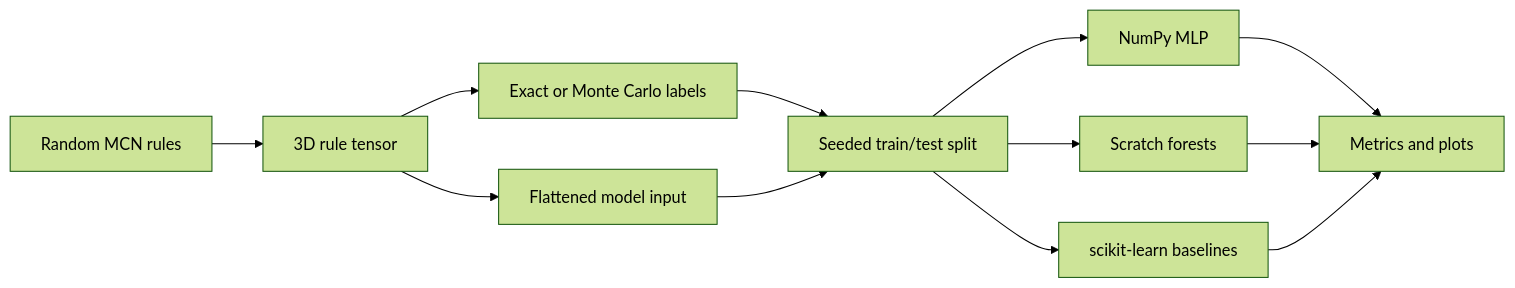
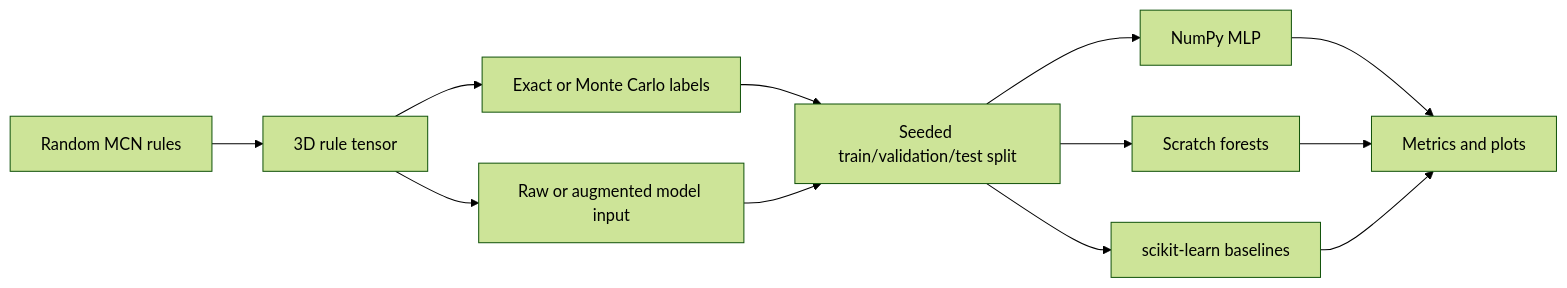
One commit to mohammad-kawach/power-index-learning changed the diagram in README.md. Above: the diagram before and after it, drawn with Mermaid (forest theme). The commit also changed other lines of this file and 13 other files, not shown here.

````diff
--- a/README.md
+++ b/README.md
@@ -163,14 +218,14 @@
 ```mermaid
 flowchart LR
     A["Random MCN rules"] --> B["3D rule tensor"]
     B --> C["Exact or Monte Carlo labels"]
-    B --> D["Flattened model input"]
-    C --> E["Seeded train/test split"]
+    B --> D["Raw or augmented model input"]
+    C --> E["Seeded train/validation/test split"]
     D --> E
     E --> F["NumPy MLP"]
     E --> G["Scratch forests"]
     E --> H["scikit-learn baselines"]
     F --> I["Metrics and plots"]
     G --> I
     H --> I
 ```
````
